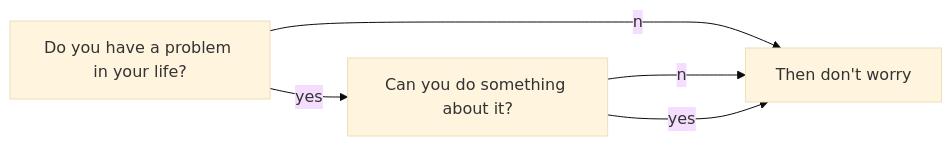
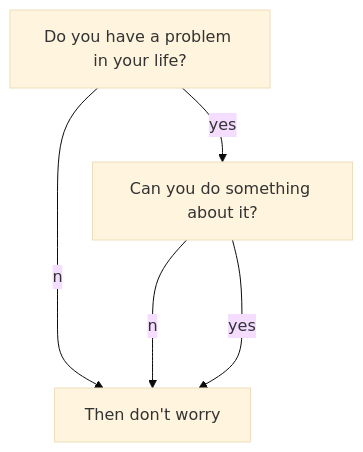
One commit to hillaryyang/hillaryyang.github.io changed the first of 4 diagrams in test/_posts/2017-06-06-mermaid.md. Above: the diagram before and after it, drawn with Mermaid (base theme). The commit also changed 1 other file, not shown here.

Commit message:
opti: article heading anchor

````diff
--- a/test/_posts/2017-06-06-mermaid.md
+++ b/test/_posts/2017-06-06-mermaid.md
@@ -11,10 +11,10 @@
 ```mermaid
-graph LR;
+graph TB;
     A[Do you have a problem in your life?]
     B[Then don't worry]
     C[Can you do something about it?]
     A--no-->B;
     A--yes-->C;
     C--no-->B;
     C--yes-->B;
 ```
````
